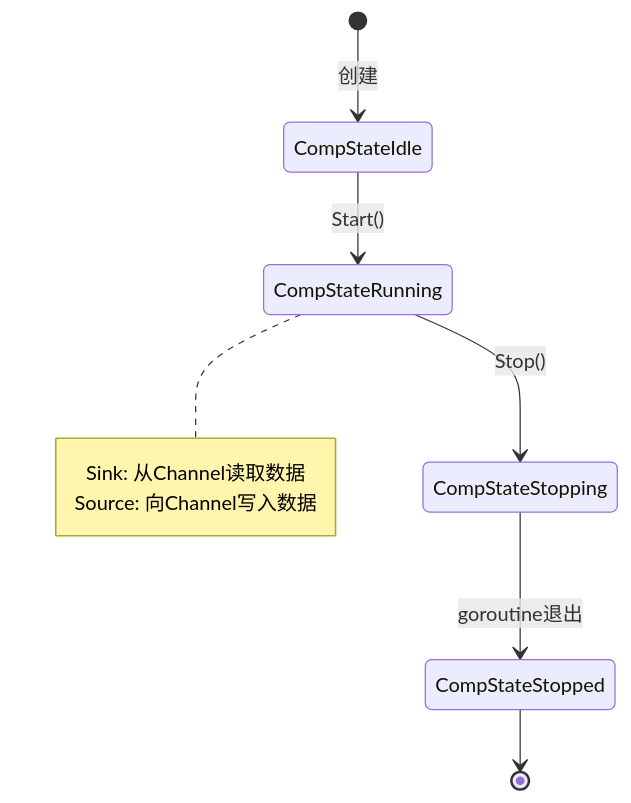
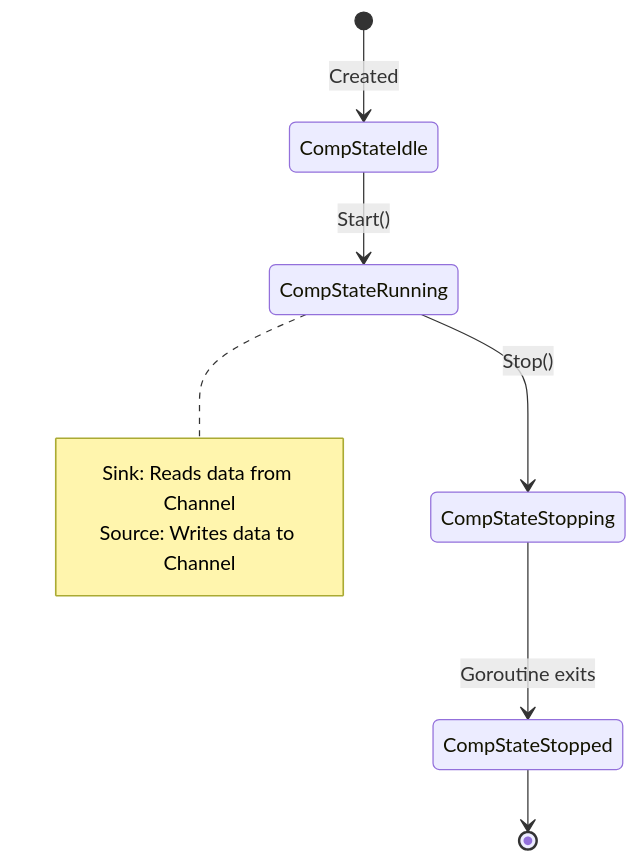
The fourth of 5 diagrams in docs/architecture.md (zxpbenson/dior), drawn with Mermaid before and after one commit. The commit also changed other lines of this file, not shown here.

Commit message:
类图换成英文版本

````diff
--- a/docs/architecture.md
+++ b/docs/architecture.md
@@ -252,13 +253,13 @@
 ```mermaid
 stateDiagram-v2
-    [*] --> CompStateIdle: 创建
+    [*] --> CompStateIdle: Created
     CompStateIdle --> CompStateRunning: Start()
     CompStateRunning --> CompStateStopping: Stop()
-    CompStateStopping --> CompStateStopped: goroutine退出
+    CompStateStopping --> CompStateStopped: Goroutine exits
     CompStateStopped --> [*]
     
     note right of CompStateRunning
-        Sink: 从Channel读取数据
-        Source: 向Channel写入数据
+        Sink: Reads data from Channel
+        Source: Writes data to Channel
     end note
 ```
````
